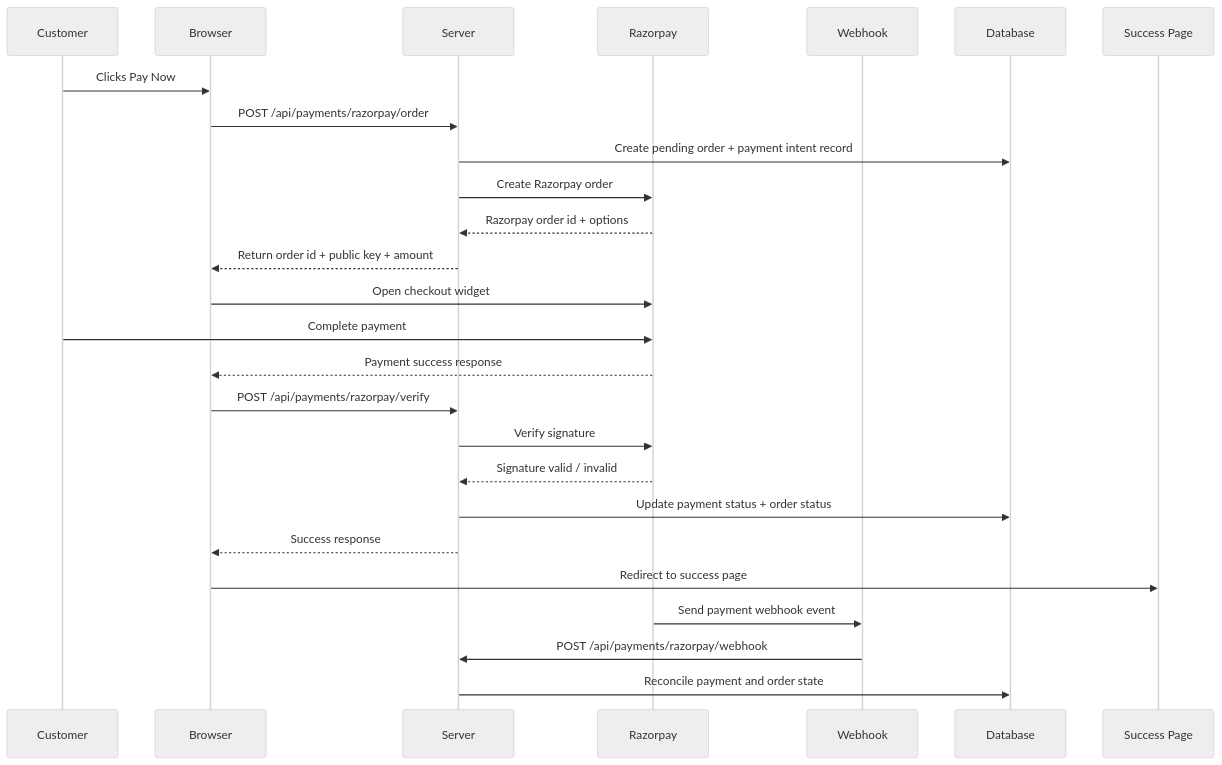
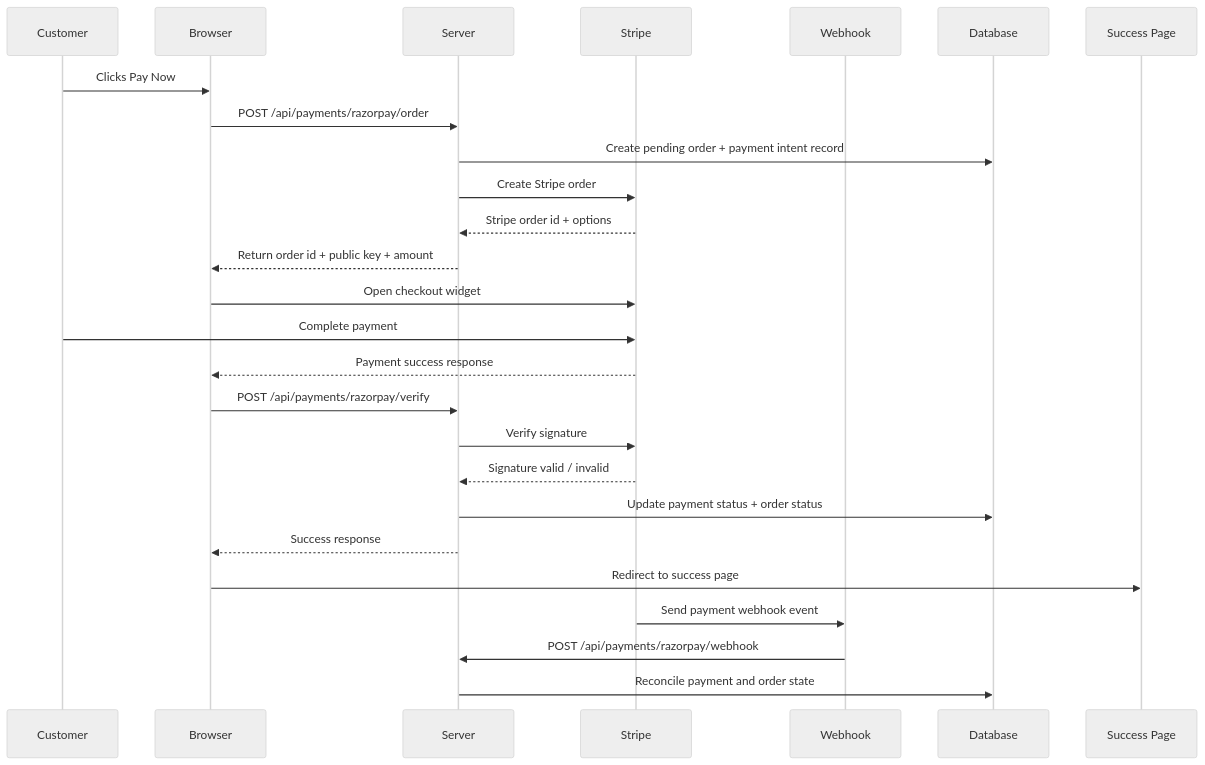
The diagram in docs/RAZORPAY_IMPLEMENTATION_PLAN.md (Rajmani-Nadar/grocery), drawn with Mermaid (neutral theme) before and after one commit. The commit also changed other lines of this file and 3 other files, not shown here.

Commit message:
Finalize Stripe integration architecture

````diff
--- a/docs/RAZORPAY_IMPLEMENTATION_PLAN.md
+++ b/docs/RAZORPAY_IMPLEMENTATION_PLAN.md
@@ -294,29 +294,29 @@
 ```mermaid
 sequenceDiagram
     participant Customer as Customer
     participant Browser as Browser
     participant Server as Server
-    participant Razorpay as Razorpay
+    participant Stripe as Stripe
     participant Webhook as Webhook
     participant DB as Database
     participant Success as Success Page
 
     Customer->>Browser: Clicks Pay Now
     Browser->>Server: POST /api/payments/razorpay/order
     Server->>DB: Create pending order + payment intent record
-    Server->>Razorpay: Create Razorpay order
-    Razorpay-->>Server: Razorpay order id + options
+    Server->>Stripe: Create Stripe order
+    Stripe-->>Server: Stripe order id + options
     Server-->>Browser: Return order id + public key + amount
-    Browser->>Razorpay: Open checkout widget
-    Customer->>Razorpay: Complete payment
-    Razorpay-->>Browser: Payment success response
+    Browser->>Stripe: Open checkout widget
+    Customer->>Stripe: Complete payment
+    Stripe-->>Browser: Payment success response
     Browser->>Server: POST /api/payments/razorpay/verify
-    Server->>Razorpay: Verify signature
-    Razorpay-->>Server: Signature valid / invalid
+    Server->>Stripe: Verify signature
+    Stripe-->>Server: Signature valid / invalid
     Server->>DB: Update payment status + order status
     Server-->>Browser: Success response
     Browser->>Success: Redirect to success page
-    Razorpay->>Webhook: Send payment webhook event
+    Stripe->>Webhook: Send payment webhook event
     Webhook->>Server: POST /api/payments/razorpay/webhook
     Server->>DB: Reconcile payment and order state
 ```
````
